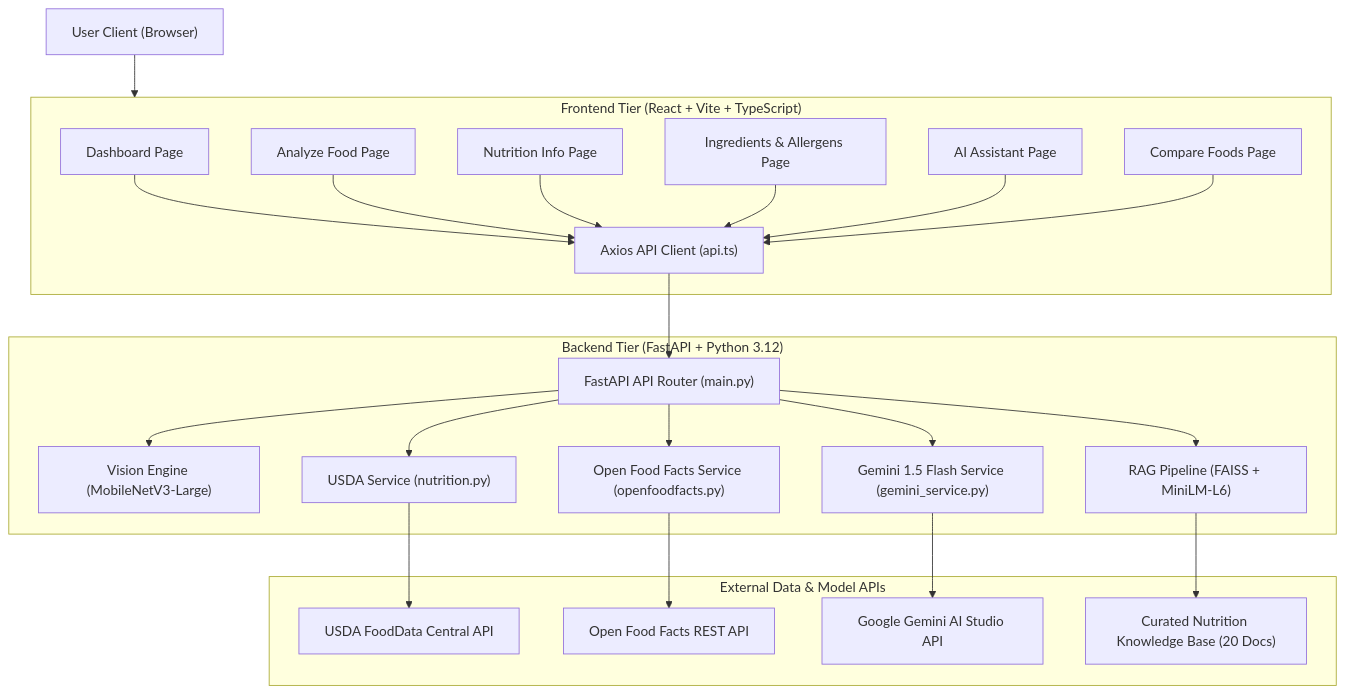
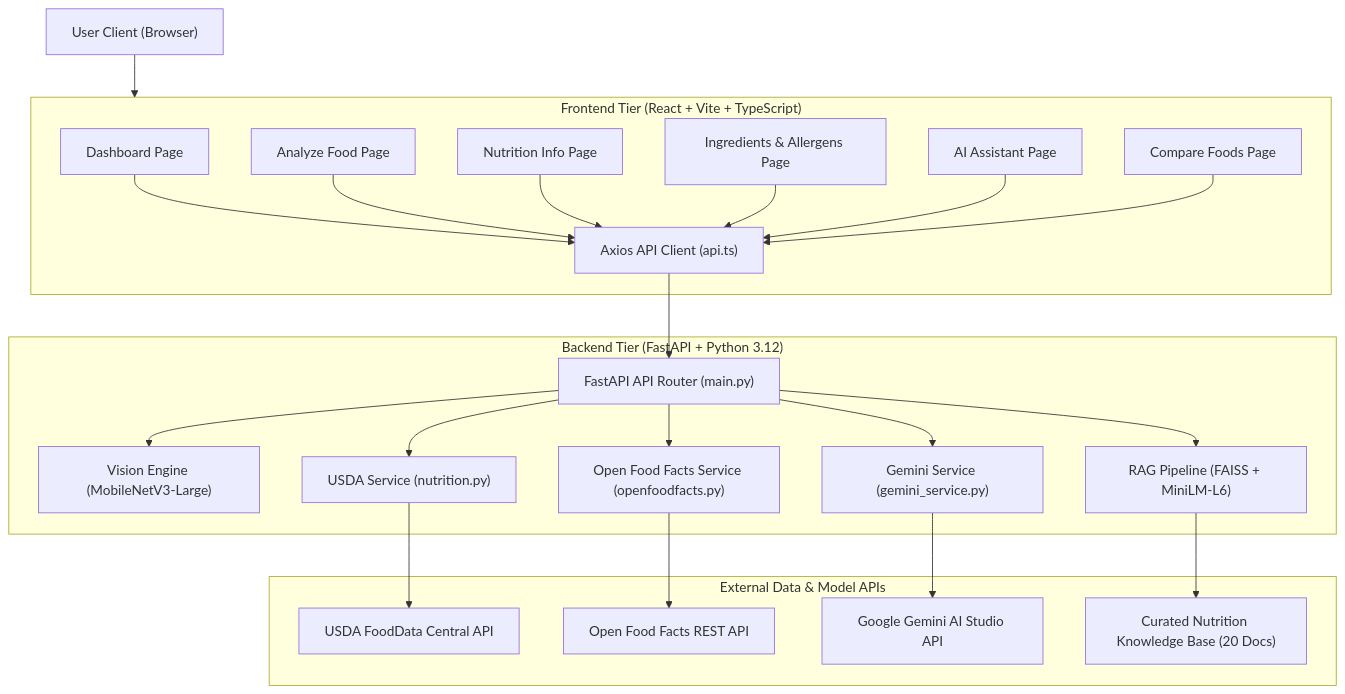
The first of 2 diagrams in docs/ARCHITECTURE.md (iamab-06/NutriGuide-AI), drawn with Mermaid before and after one commit. The commit also changed other lines of this file and 99 other files, not shown here.

````diff
--- a/docs/ARCHITECTURE.md
+++ b/docs/ARCHITECTURE.md
@@ -13,45 +13,45 @@
 ```mermaid
 flowchart TD
     User["User Client (Browser)"]
 
     subgraph Frontend["Frontend Tier (React + Vite + TypeScript)"]
         UI_Dash["Dashboard Page"]
         UI_Analyze["Analyze Food Page"]
         UI_Nutr["Nutrition Info Page"]
         UI_Allergen["Ingredients & Allergens Page"]
         UI_Chat["AI Assistant Page"]
         UI_Comp["Compare Foods Page"]
         API_Client["Axios API Client (api.ts)"]
     end
 
     subgraph Backend["Backend Tier (FastAPI + Python 3.12)"]
         Router["FastAPI API Router (main.py)"]
         CV_Engine["Vision Engine (MobileNetV3-Large)"]
         Nutr_Service["USDA Service (nutrition.py)"]
         Prod_Service["Open Food Facts Service (openfoodfacts.py)"]
         RAG_Engine["RAG Pipeline (FAISS + MiniLM-L6)"]
-        GenAI_Service["Gemini 1.5 Flash Service (gemini_service.py)"]
+        GenAI_Service["Gemini Service (gemini_service.py)"]
     end
 
     subgraph External_Services["External Data & Model APIs"]
         USDA_API["USDA FoodData Central API"]
         OFF_API["Open Food Facts REST API"]
         Gemini_API["Google Gemini AI Studio API"]
         KB_Store["Curated Nutrition Knowledge Base (20 Docs)"]
     end
 
     User --> Frontend
     UI_Dash & UI_Analyze & UI_Nutr & UI_Allergen & UI_Chat & UI_Comp --> API_Client
     API_Client --> Router
 
     Router --> CV_Engine
     Router --> Nutr_Service
     Router --> Prod_Service
     Router --> RAG_Engine
     Router --> GenAI_Service
 
     Nutr_Service --> USDA_API
     Prod_Service --> OFF_API
     GenAI_Service --> Gemini_API
     RAG_Engine --> KB_Store
 ```
````
